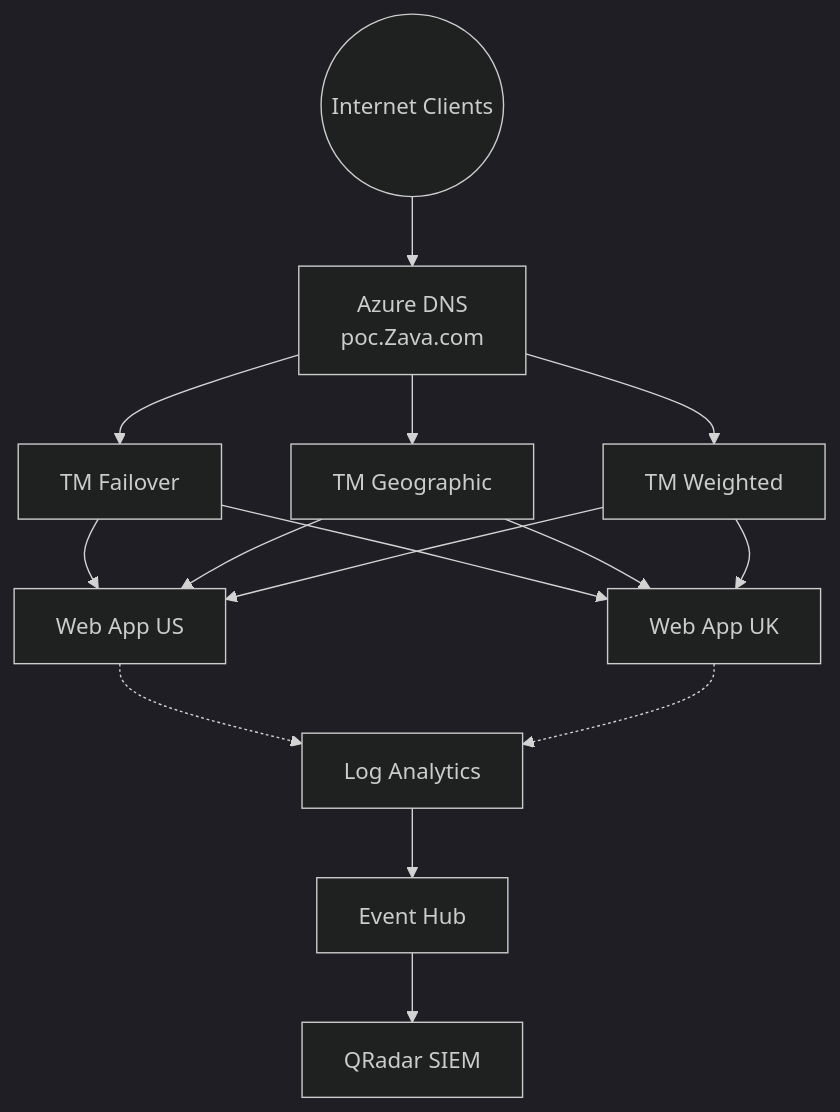
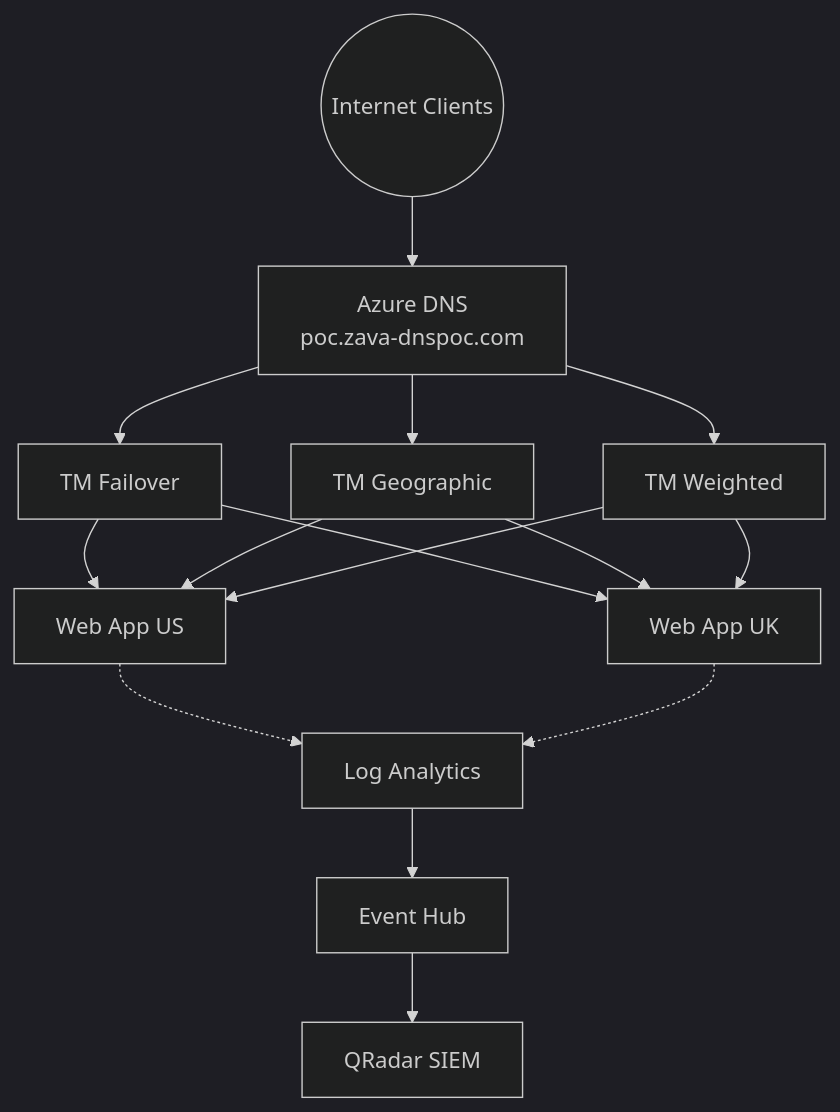
Before and after one commit to kimvaddi/Azure-DNS-POC-Accelerator: the diagram in README.md, drawn with Mermaid (dark theme). The commit also changed other lines of this file and 21 other files, not shown here.

First line of the commit message:
refactor: domain rename to zava-dnspoc.com + clean deployment

````diff
--- a/README.md
+++ b/README.md
@@ -207,19 +207,19 @@
 ```mermaid
 graph TD
     CLIENTS(("Internet Clients"))
-    DNS["Azure DNS<br/>poc.Zava.com"]
+    DNS["Azure DNS<br/>poc.zava-dnspoc.com"]
     TM_F["TM Failover"]
     TM_G["TM Geographic"]
     TM_W["TM Weighted"]
     WEB_US["Web App US"]
     WEB_UK["Web App UK"]
     LAW["Log Analytics"]
     EH["Event Hub"]
     QRADAR["QRadar SIEM"]
 
     CLIENTS --> DNS
     DNS --> TM_F & TM_G & TM_W
     TM_F & TM_G & TM_W --> WEB_US & WEB_UK
     WEB_US & WEB_UK -.-> LAW
     LAW --> EH --> QRADAR
 ```
````
